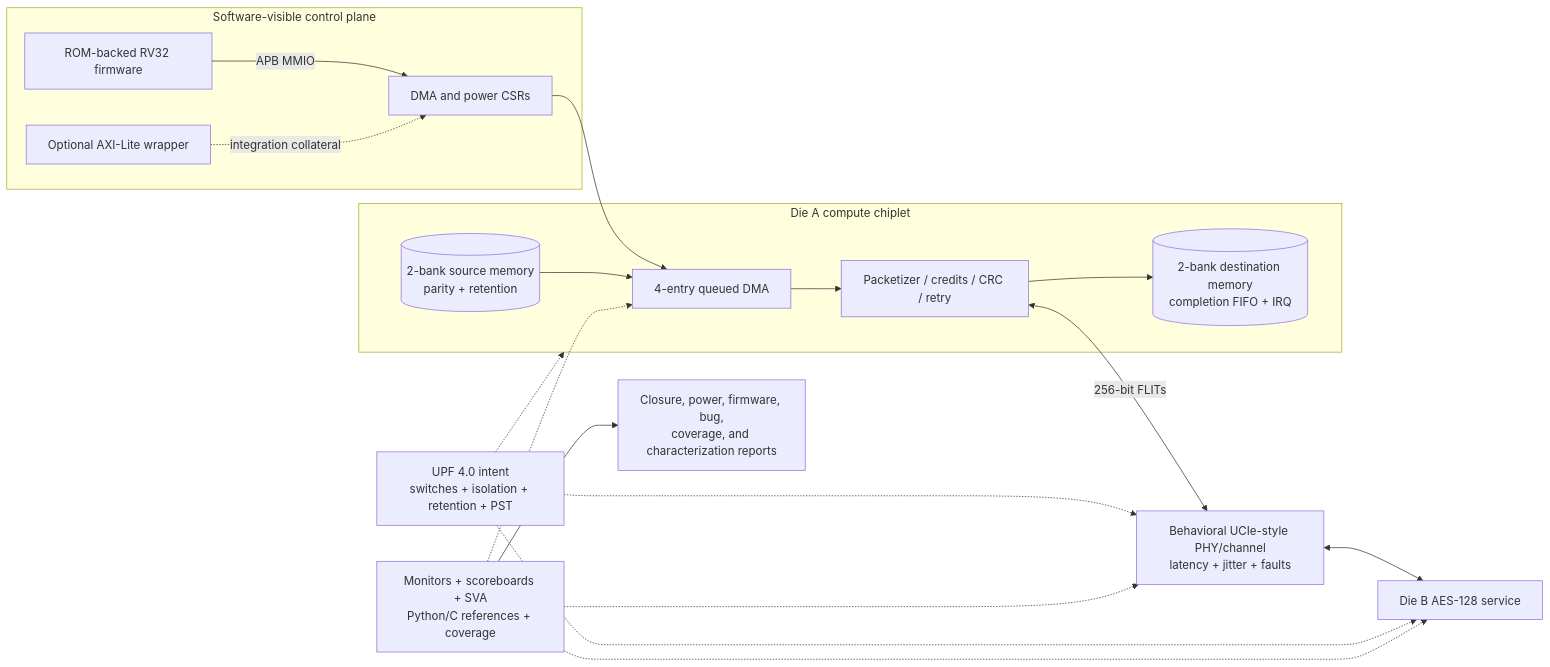
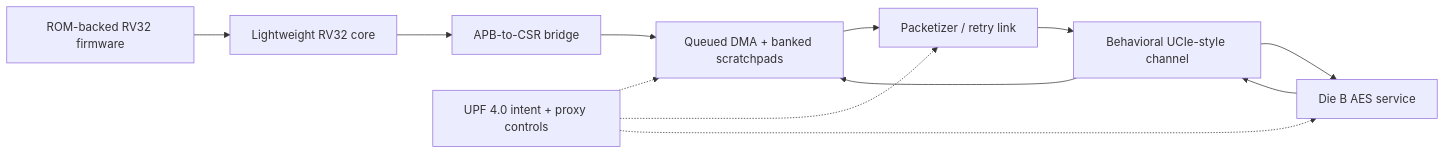
One commit to ed766/ucie_chiplet_soc changed the diagram in README.md. Above: the diagram before and after it, drawn with Mermaid. The commit also changed other lines of this file and 39 other files, not shown here.

````diff
--- a/README.md
+++ b/README.md
@@ -78,22 +9,14 @@
 ```mermaid
 flowchart LR
-    subgraph CTRL["Software-visible control plane"]
-        ROM["ROM-backed RV32 firmware"] -->|"APB MMIO"| CSR["DMA and power CSRs"]
-        AXI["Optional AXI-Lite wrapper"] -.->|"integration collateral"| CSR
-    end
-    subgraph A["Die A compute chiplet"]
-        CSR --> DMA["4-entry queued DMA"]
-        SRC[("2-bank source memory\nparity + retention")] --> DMA
-        DMA --> PKT["Packetizer / credits / CRC / retry"]
-        PKT --> DST[("2-bank destination memory\ncompletion FIFO + IRQ")]
-    end
-    PKT <-->|"256-bit FLITs"| LINK["Behavioral UCIe-style PHY/channel\nlatency + jitter + faults"]
-    LINK <--> AES["Die B AES-128 service"]
-    PWR["UPF 4.0 intent\nswitches + isolation + retention + PST"] -.-> A
-    PWR -.-> LINK
+    ROM["ROM-backed RV32 firmware"] --> CPU["Lightweight RV32 core"]
+    CPU --> APB["APB-to-CSR bridge"]
+    APB --> DMA["Queued DMA + banked scratchpads"]
+    DMA --> PKT["Packetizer / retry link"]
+    PKT --> CH["Behavioral UCIe-style channel"]
+    CH --> AES["Die B AES service"]
+    AES --> CH
+    CH --> DMA
+    PWR["UPF 4.0 intent + proxy controls"] -.-> DMA
+    PWR -.-> PKT
     PWR -.-> AES
-    MON["Monitors + scoreboards + SVA\nPython/C references + coverage"] -.-> DMA
-    MON -.-> LINK
-    MON -.-> AES
-    MON --> RPT["Closure, power, firmware, bug,\ncoverage, and characterization reports"]
 ```
````
